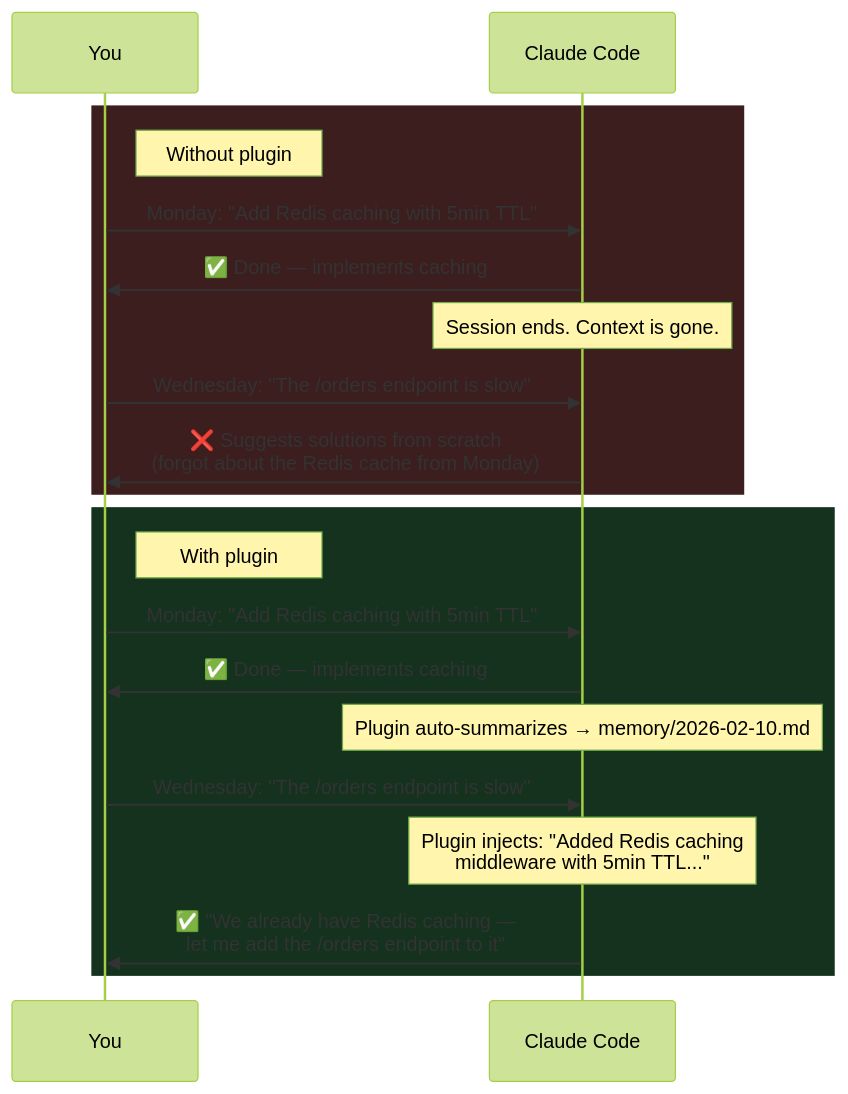
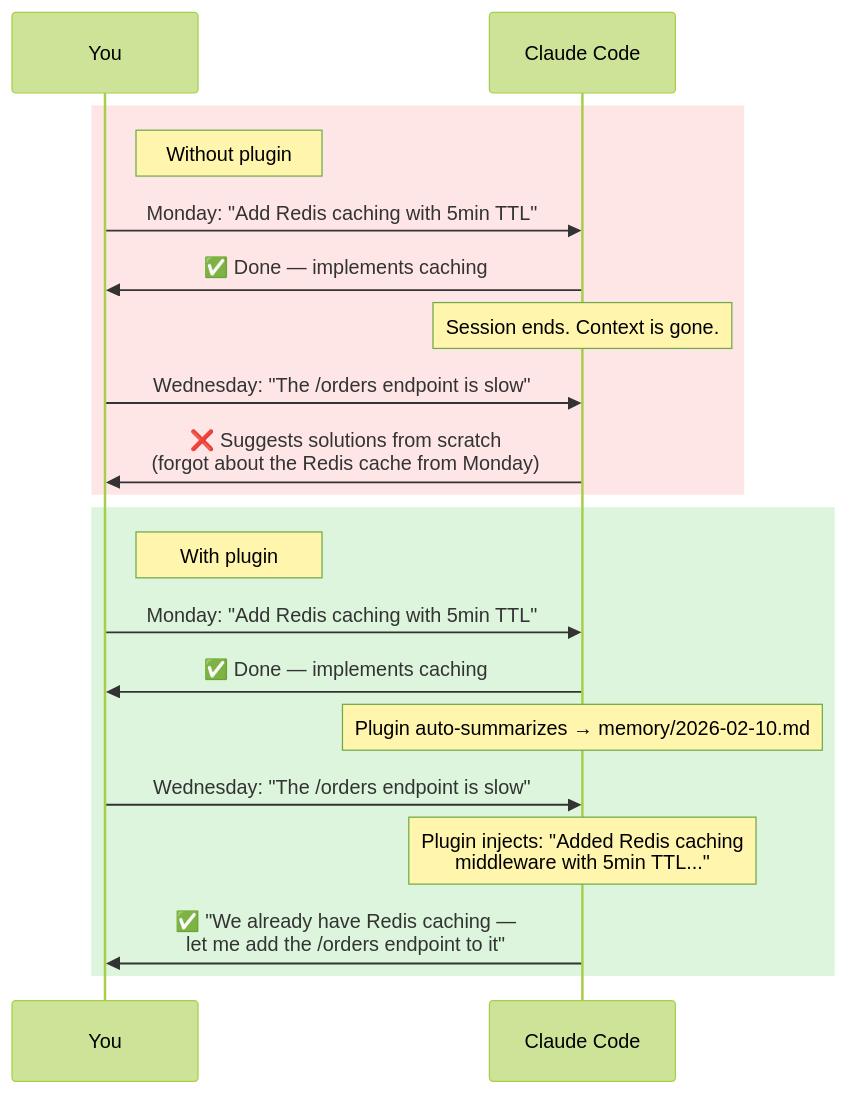
One commit to HongzhuLiu/memsearch changed the second of 4 diagrams in docs/claude-plugin.md. Above: the diagram before and after it, drawn with Mermaid (forest theme). The commit also changed other lines of this file and 1 other file, not shown here.

First line of the commit message:
Docs: per-framework install instructions, sync lifecycle diagram

````diff
--- a/docs/claude-plugin.md
+++ b/docs/claude-plugin.md
@@ -39,24 +39,24 @@
 ```mermaid
 sequenceDiagram
     participant You
     participant Claude as Claude Code
 
-    rect rgb(60, 30, 30)
+    rect rgb(255, 230, 230)
     note right of You: Without plugin
     You->>Claude: Monday: "Add Redis caching with 5min TTL"
     Claude->>You: ✅ Done — implements caching
     note over Claude: Session ends. Context is gone.
     You->>Claude: Wednesday: "The /orders endpoint is slow"
     Claude->>You: ❌ Suggests solutions from scratch<br/>(forgot about the Redis cache from Monday)
     end
 
-    rect rgb(20, 50, 30)
+    rect rgb(220, 245, 220)
     note right of You: With plugin
     You->>Claude: Monday: "Add Redis caching with 5min TTL"
     Claude->>You: ✅ Done — implements caching
     note over Claude: Plugin auto-summarizes → memory/2026-02-10.md
     You->>Claude: Wednesday: "The /orders endpoint is slow"
     note over Claude: Plugin injects: "Added Redis caching<br/>middleware with 5min TTL..."
     Claude->>You: ✅ "We already have Redis caching —<br/>let me add the /orders endpoint to it"
     end
 ```
````
